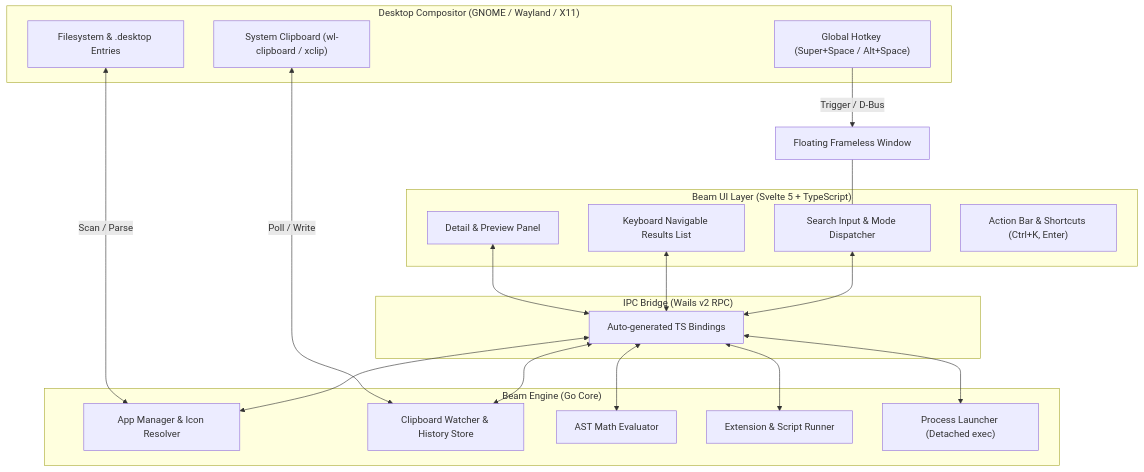
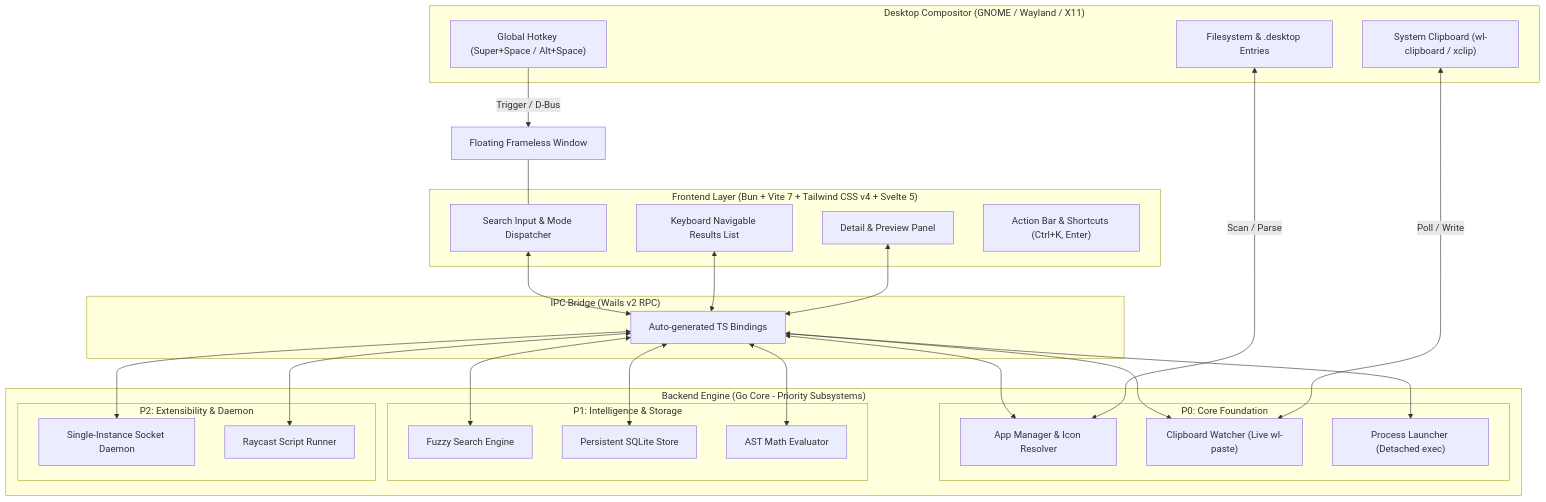
One commit to codesdilkhush/beam changed the diagram in docs/architecture.md. Above: the diagram before and after it, drawn with Mermaid. The commit also changed other lines of this file and 12 other files, not shown here.

Commit message:
feat: migrate to Bun, Tailwind CSS v4, and priority-based architecture docs

````diff
--- a/docs/architecture.md
+++ b/docs/architecture.md
@@ -7,44 +17,56 @@
 ```mermaid
 graph TD
     subgraph "Desktop Compositor (GNOME / Wayland / X11)"
         GK["Global Hotkey (Super+Space / Alt+Space)"]
         CB["System Clipboard (wl-clipboard / xclip)"]
         FS["Filesystem & .desktop Entries"]
     end
 
     GK -->|Trigger / D-Bus| WIN["Floating Frameless Window"]
 
-    subgraph "Beam UI Layer (Svelte 5 + TypeScript)"
+    subgraph "Frontend Layer (Bun + Vite 7 + Tailwind CSS v4 + Svelte 5)"
         Search["Search Input & Mode Dispatcher"]
         Results["Keyboard Navigable Results List"]
         Preview["Detail & Preview Panel"]
         Footer["Action Bar & Shortcuts (Ctrl+K, Enter)"]
     end
 
     WIN --- Search
 
     subgraph "IPC Bridge (Wails v2 RPC)"
         Bindings["Auto-generated TS Bindings"]
     end
 
     Search <--> Bindings
     Results <--> Bindings
     Preview <--> Bindings
 
-    subgraph "Beam Engine (Go Core)"
-        AM["App Manager & Icon Resolver"]
-        CM["Clipboard Watcher & History Store"]
-        CALC["AST Math Evaluator"]
-        EXT["Extension & Script Runner"]
-        SYS["Process Launcher (Detached exec)"]
+    subgraph "Backend Engine (Go Core - Priority Subsystems)"
+        subgraph "P0: Core Foundation"
+            AM["App Manager & Icon Resolver"]
+            CM["Clipboard Watcher (Live wl-paste)"]
+            SYS["Process Launcher (Detached exec)"]
+        end
+        subgraph "P1: Intelligence & Storage"
+            FUZZY["Fuzzy Search Engine"]
+            DB["Persistent SQLite Store"]
+            CALC["AST Math Evaluator"]
+        end
+        subgraph "P2: Extensibility & Daemon"
+            DAEMON["Single-Instance Socket Daemon"]
+            EXT["Raycast Script Runner"]
+        end
     end
 
     Bindings <--> AM
     Bindings <--> CM
     Bindings <--> CALC
+    Bindings <--> FUZZY
+    Bindings <--> DB
+    Bindings <--> DAEMON
     Bindings <--> EXT
     Bindings <--> SYS
 
     CB <-->|Poll / Write| CM
     FS <-->|Scan / Parse| AM
 ```
````
